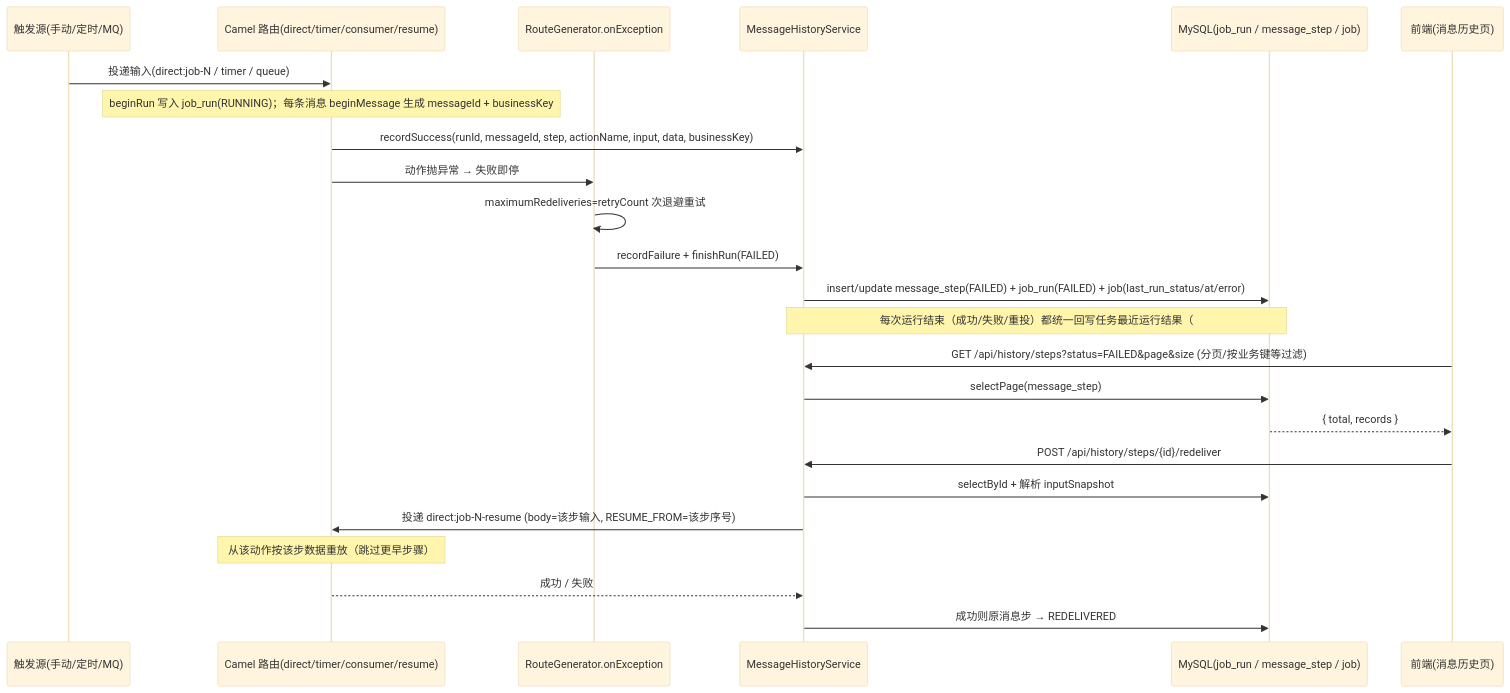
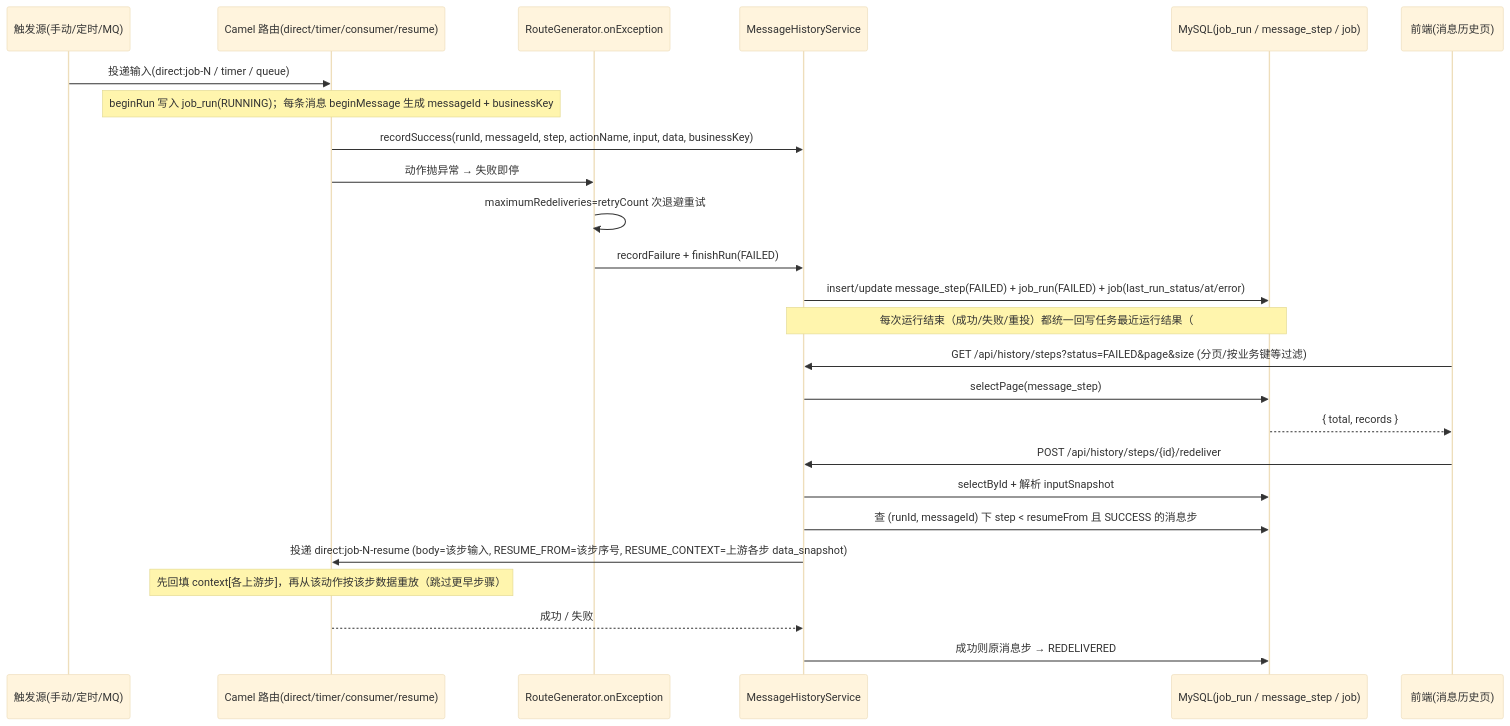
The diagram in docs/flows/reliability-flow.md (zz240/sailheader-mes-middleware), drawn with Mermaid (base theme) before and after one commit. The commit also changed other lines of this file and 7 other files, not shown here.

````diff
--- a/docs/flows/reliability-flow.md
+++ b/docs/flows/reliability-flow.md
@@ -24,27 +24,28 @@
 ```mermaid
 sequenceDiagram
     participant SRC as 触发源(手动/定时/MQ)
     participant ROUTE as Camel 路由(direct/timer/consumer/resume)
     participant EH as RouteGenerator.onException
     participant MH as MessageHistoryService
     participant DB as MySQL(job_run / message_step / job)
     participant UI as 前端(消息历史页)
 
     SRC->>ROUTE: 投递输入(direct:job-N / timer / queue)
     Note over ROUTE: beginRun 写入 job_run(RUNNING)；每条消息 beginMessage 生成 messageId + businessKey
     ROUTE->>MH: recordSuccess(runId, messageId, step, actionName, input, data, businessKey)
     ROUTE->>EH: 动作抛异常 → 失败即停
     EH->>EH: maximumRedeliveries=retryCount 次退避重试
     EH->>MH: recordFailure + finishRun(FAILED)
     MH->>DB: insert/update message_step(FAILED) + job_run(FAILED) + job(last_run_status/at/error)
     Note over MH,DB: 每次运行结束（成功/失败/重投）都统一回写任务最近运行结果（#88；重复 finish 幂等，不改写已完成运行）
     UI->>MH: GET /api/history/steps?status=FAILED&page&size (分页/按业务键等过滤)
     MH->>DB: selectPage(message_step)
     DB-->>UI: { total, records }
     UI->>MH: POST /api/history/steps/{id}/redeliver
     MH->>DB: selectById + 解析 inputSnapshot
-    MH->>ROUTE: 投递 direct:job-N-resume (body=该步输入, RESUME_FROM=该步序号)
-    Note over ROUTE: 从该动作按该步数据重放（跳过更早步骤）
+    MH->>DB: 查 (runId, messageId) 下 step < resumeFrom 且 SUCCESS 的消息步
+    MH->>ROUTE: 投递 direct:job-N-resume (body=该步输入, RESUME_FROM=该步序号, RESUME_CONTEXT=上游各步 data_snapshot)
+    Note over ROUTE: 先回填 context[各上游步]，再从该动作按该步数据重放（跳过更早步骤）
     ROUTE-->>MH: 成功 / 失败
     MH->>DB: 成功则原消息步 → REDELIVERED
 ```
````
